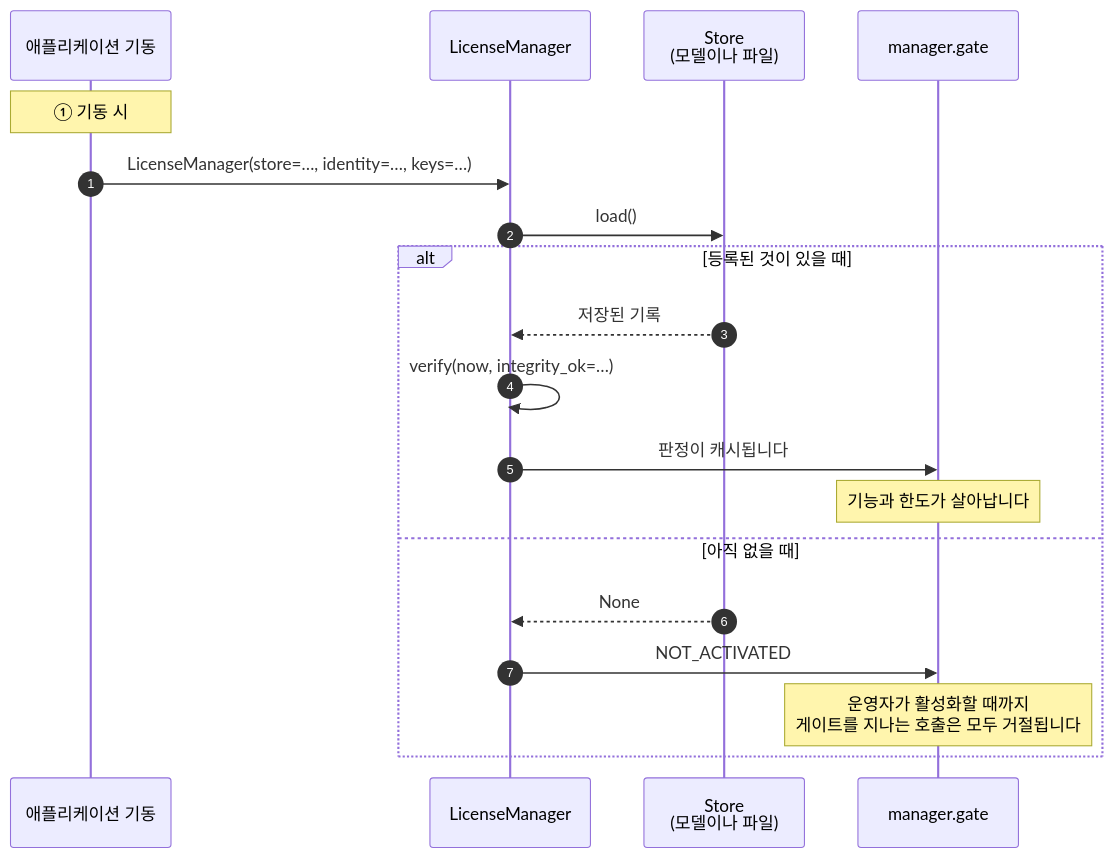
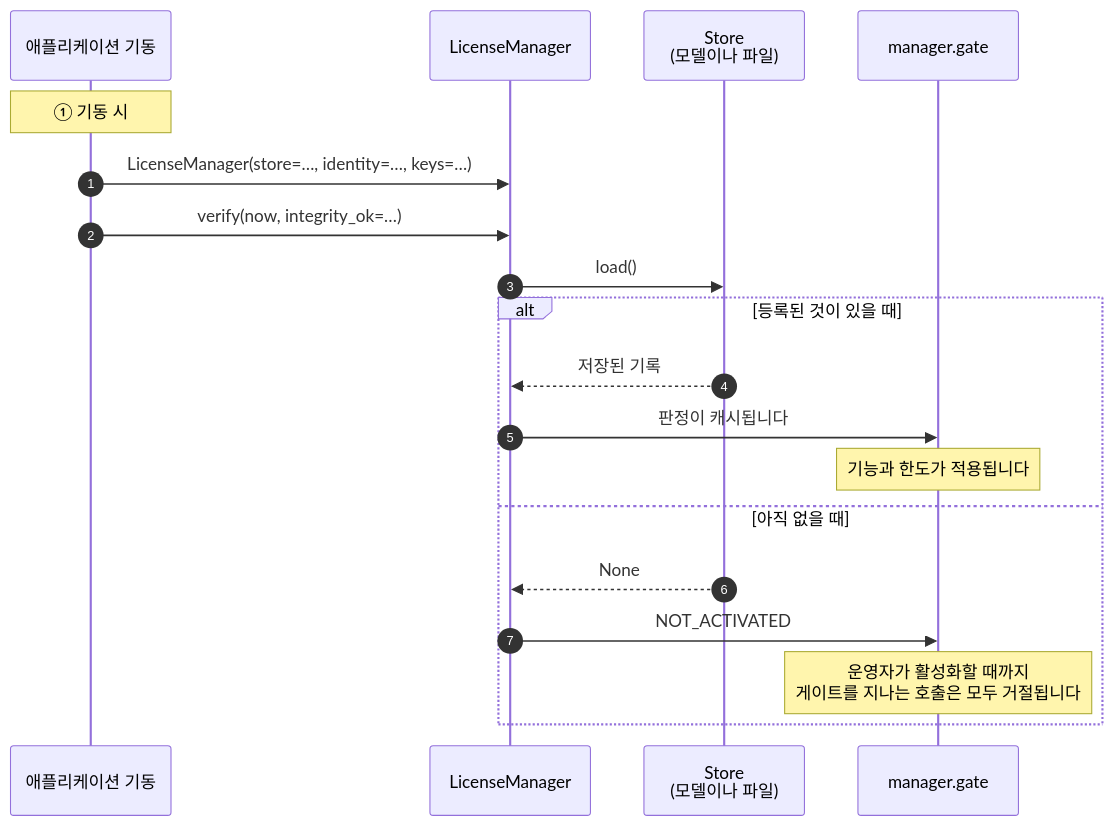
One commit to accesscore-dev/accesscore-license-sdk-dist changed the first of 2 diagrams in docs/manual/ko/python.md. Above: the diagram before and after it, drawn with Mermaid. The commit also changed other lines of this file and 28 other files, not shown here.

````diff
--- a/docs/manual/ko/python.md
+++ b/docs/manual/ko/python.md
@@ -7,22 +7,22 @@
 ```mermaid
 sequenceDiagram
     autonumber
     participant Boot as 애플리케이션 기동
     participant Mgr as LicenseManager
     participant Store as Store<br/>(모델이나 파일)
     participant Gate as manager.gate
 
     Note over Boot: ① 기동 시
     Boot->>Mgr: LicenseManager(store=…, identity=…, keys=…)
+    Boot->>Mgr: verify(now, integrity_ok=…)
     Mgr->>Store: load()
     alt 등록된 것이 있을 때
         Store-->>Mgr: 저장된 기록
-        Mgr->>Mgr: verify(now, integrity_ok=…)
         Mgr->>Gate: 판정이 캐시됩니다
-        Note over Gate: 기능과 한도가 살아납니다
+        Note over Gate: 기능과 한도가 적용됩니다
     else 아직 없을 때
         Store-->>Mgr: None
         Mgr->>Gate: NOT_ACTIVATED
         Note over Gate: 운영자가 활성화할 때까지<br/>게이트를 지나는 호출은 모두 거절됩니다
     end
 ```
````
